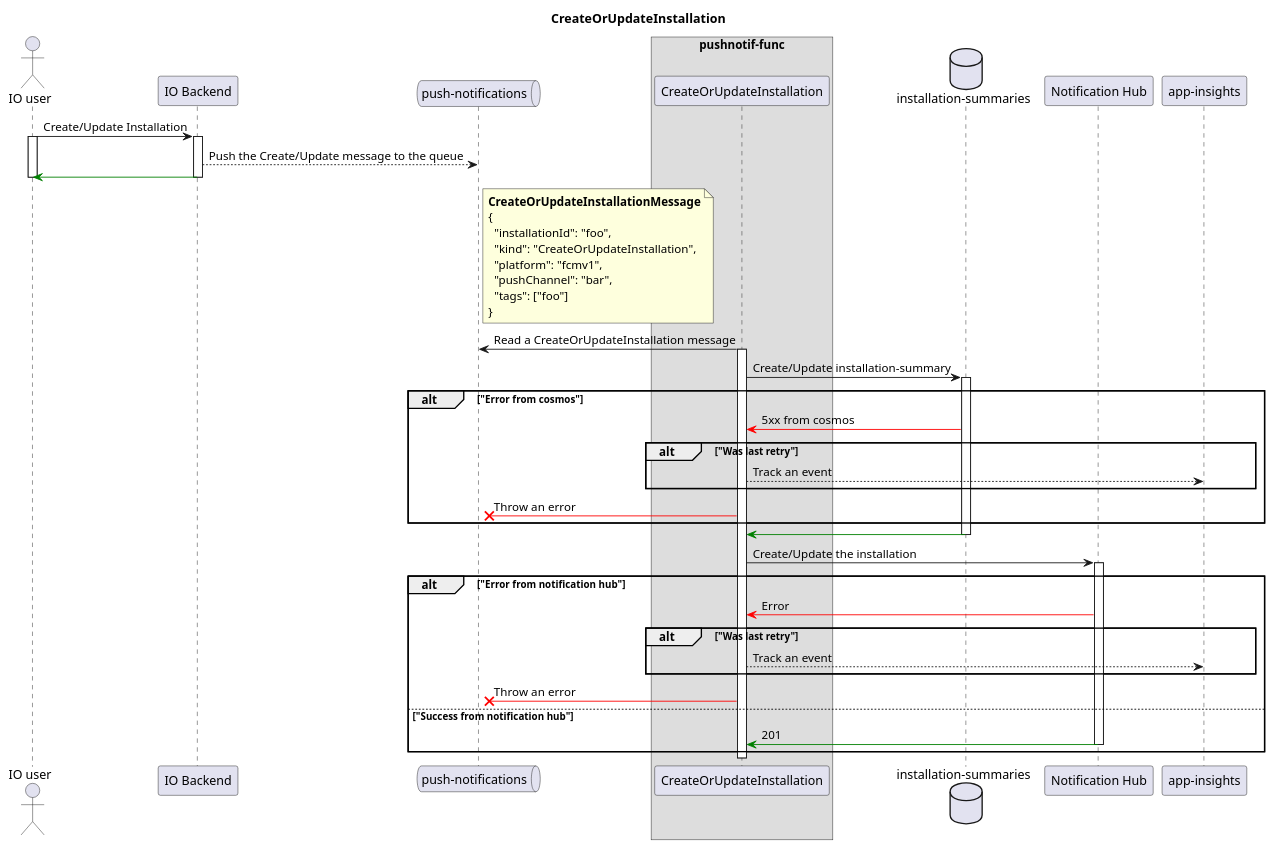
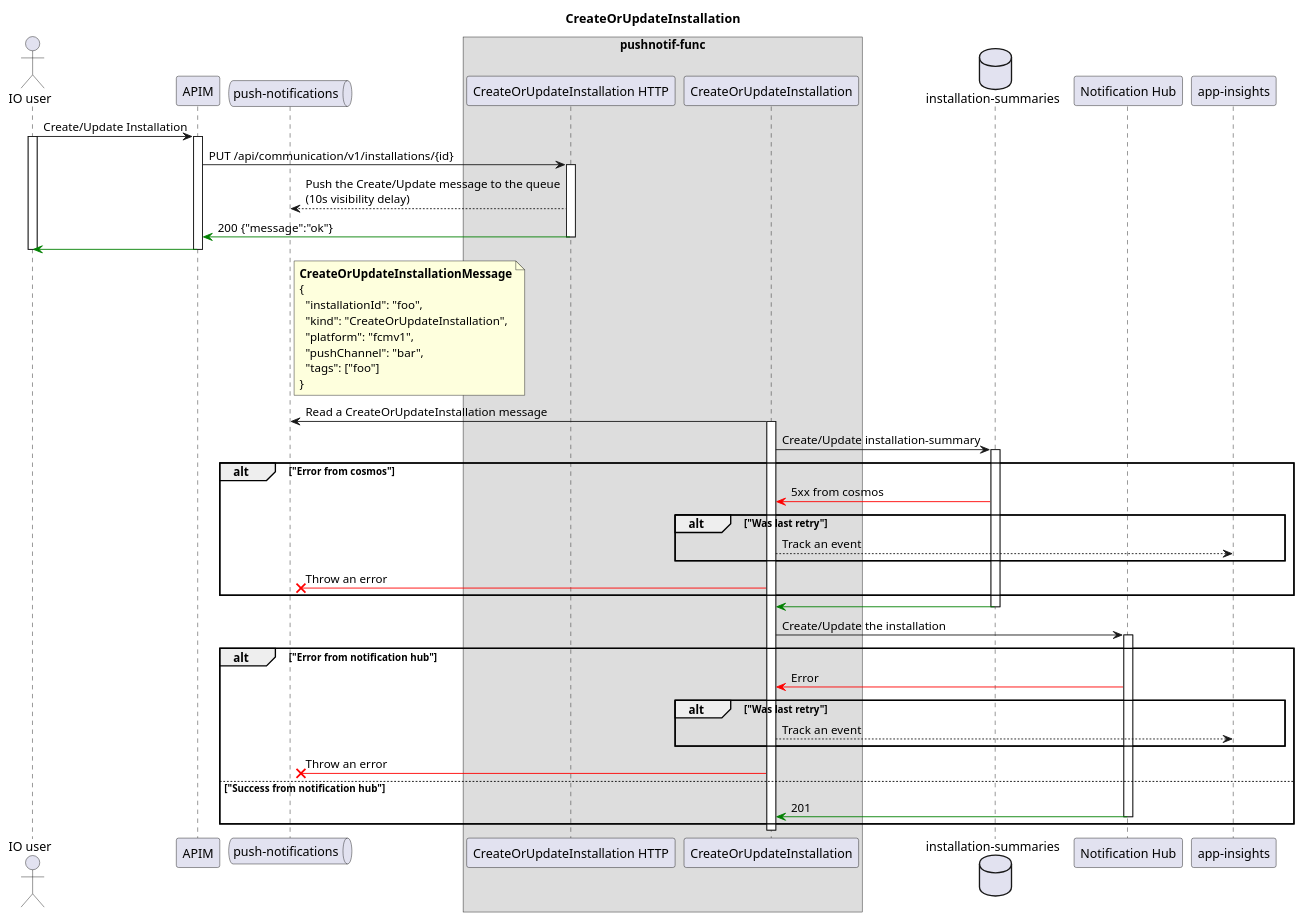
One commit to pagopa/io-messages changed the diagram in apps/pushnotif-func/docs/puml/create-or-update.puml. Above: the diagram before and after it, drawn with PlantUML. The commit also changed 11 other files, not shown here.

```diff
--- a/apps/pushnotif-func/docs/puml/create-or-update.puml
+++ b/apps/pushnotif-func/docs/puml/create-or-update.puml
@@ -1,73 +1,78 @@
 @startuml
 
 title CreateOrUpdateInstallation
 
 actor "IO user" as iou
-participant "IO Backend" as be
+participant "APIM" as apim
 
 queue "push-notifications" as pnq
 
 box "pushnotif-func"
+  participant "CreateOrUpdateInstallation HTTP" as api
   participant "CreateOrUpdateInstallation" as pn
 end box
 
 database "installation-summaries" as ic
 
 participant "Notification Hub" as nh
 
 participant "app-insights" as ai
 
-iou -> be : Create/Update Installation
+iou -> apim : Create/Update Installation
 activate iou
-activate be
+activate apim
 
-be --> pnq : Push the Create/Update message to the queue
+apim -> api : PUT /api/communication/v1/installations/{id}
+activate api
+api --> pnq : Push the Create/Update message to the queue\n(10s visibility delay)
+api -[#green]> apim : 200 {"message":"ok"}
+deactivate api
 
-be -[#green]> iou
+apim -[#green]> iou
 
-deactivate be
+deactivate apim
 deactivate iou
 
 note right of pnq
   **CreateOrUpdateInstallationMessage**
   {
     "installationId": "foo",
     "kind": "CreateOrUpdateInstallation",
     "platform": "fcmv1",
     "pushChannel": "bar",
     "tags": ["foo"]
   }
 end note
 pn -> pnq : Read a CreateOrUpdateInstallation message
 activate pn
 
 pn -> ic : Create/Update installation-summary
 activate ic
 
 alt "Error from cosmos"
   ic -[#red]> pn : 5xx from cosmos
   alt "Was last retry"
     pn --> ai : Track an event
   end
   pn -[#red]>X pnq: Throw an error
 end
 
 ic -[#green]> pn
 deactivate ic
 
 pn -> nh : Create/Update the installation
 activate nh
 alt "Error from notification hub"
   nh -[#red]> pn : Error
   alt "Was last retry"
     pn --> ai : Track an event
   end
   pn -[#red]>X pnq: Throw an error
 else "Success from notification hub"
   nh -[#green]> pn : 201
   deactivate nh
 end
 
 deactivate pn
 
 @enduml
```
